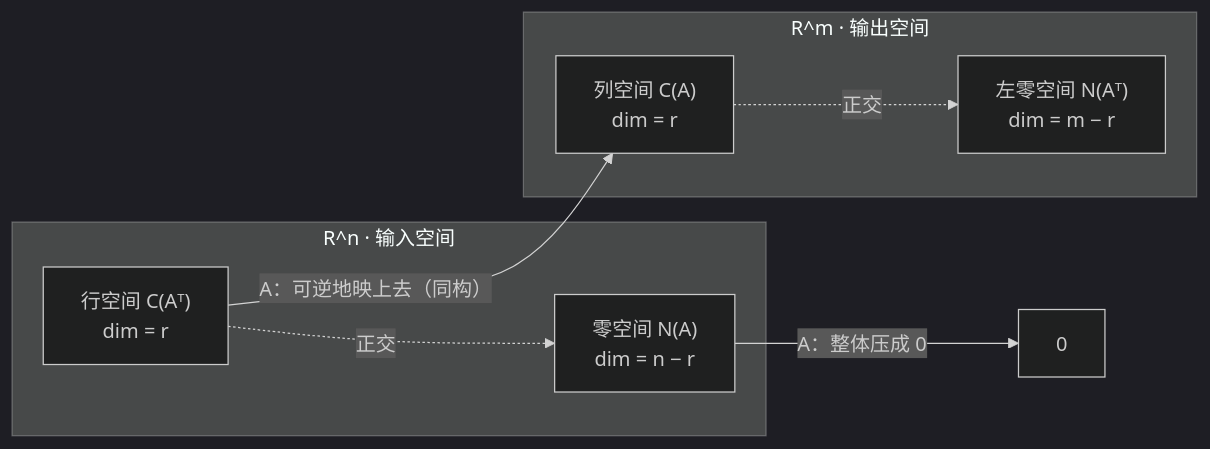
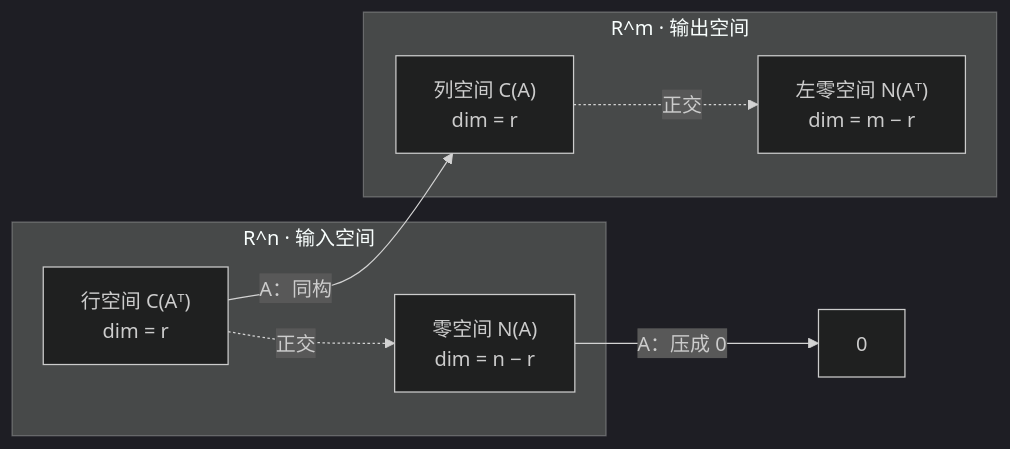
The first of 2 diagrams in Math/Linear Algebra/学习笔记/L10 四个基本子空间.md (Korotomx/STD), drawn with Mermaid (dark theme) before and after one commit. The commit also changed other lines of this file and 173 other files, not shown here.

````diff
--- a/Math/Linear Algebra/学习笔记/L10 四个基本子空间.md
+++ b/Math/Linear Algebra/学习笔记/L10 四个基本子空间.md
@@ -170,15 +99,15 @@
 ```mermaid
 flowchart LR
     subgraph RN["R^n · 输入空间"]
         RS["行空间 C(Aᵀ)<br/>dim = r"]
         NS["零空间 N(A)<br/>dim = n − r"]
     end
     subgraph RM["R^m · 输出空间"]
         CS["列空间 C(A)<br/>dim = r"]
         LNS["左零空间 N(Aᵀ)<br/>dim = m − r"]
     end
-    RS -->|"A：可逆地映上去（同构）"| CS
-    NS -->|"A：整体压成 0"| Z["0"]
+    RS -->|"A：同构"| CS
+    NS -->|"A：压成 0"| Z["0"]
     RS -.->|"正交"| NS
     CS -.->|"正交"| LNS
 ```
````
